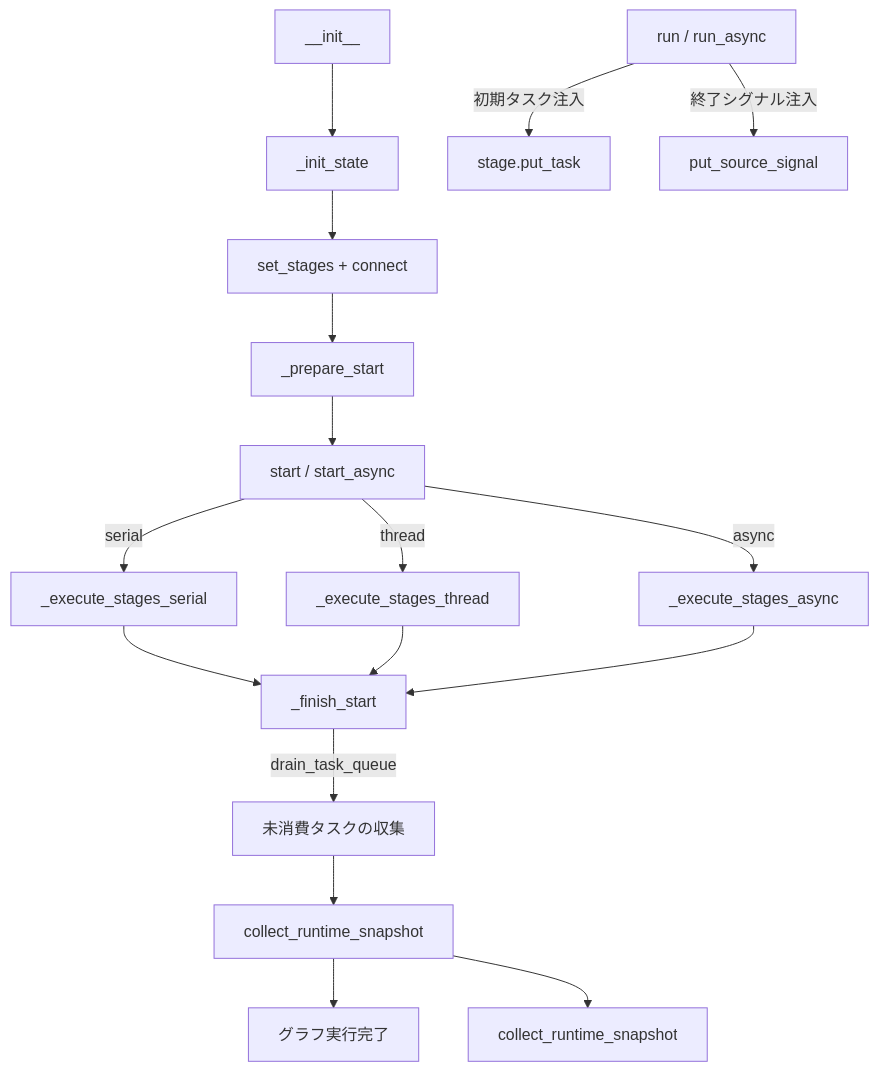
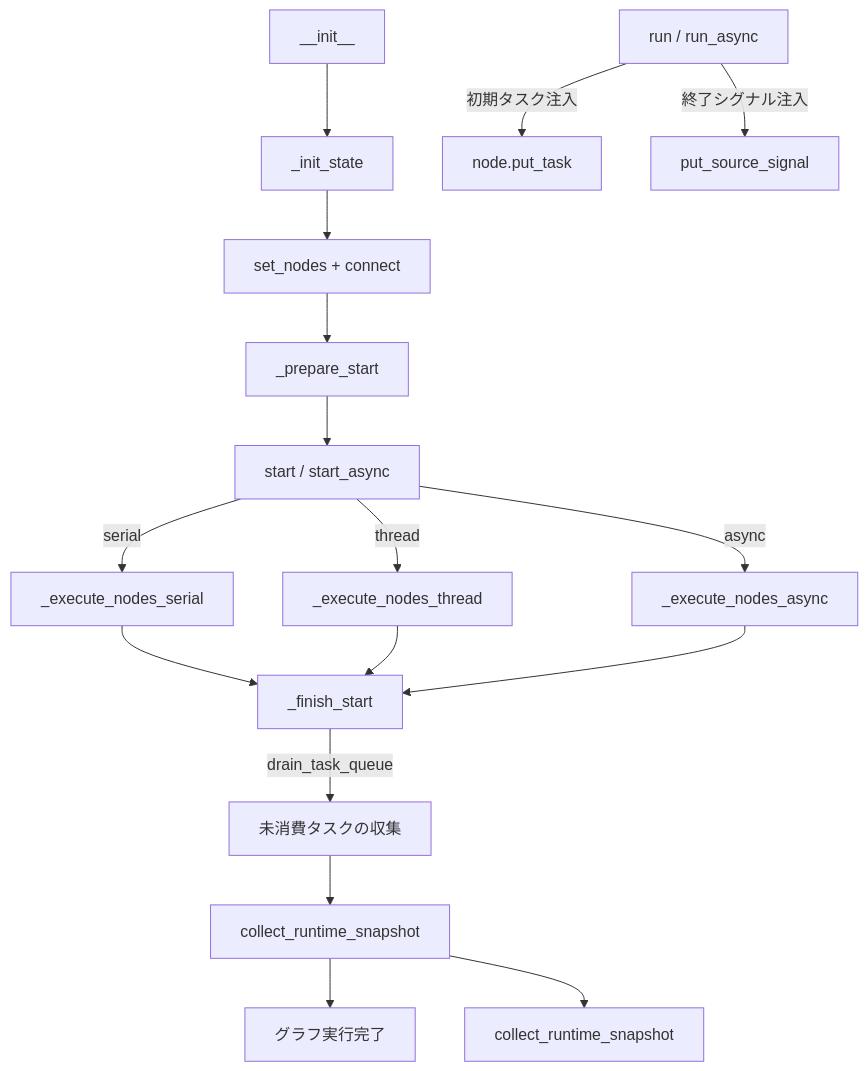
The diagram in docs/ja/src/graph/core_graph.md (Mr-xiaotian/CelestialFlow), drawn with Mermaid before and after one commit. The commit also changed other lines of this file and 181 other files, not shown here.

````diff
--- a/docs/ja/src/graph/core_graph.md
+++ b/docs/ja/src/graph/core_graph.md
@@ -286,21 +290,21 @@
 ```mermaid
 flowchart TD
     INIT[__init__] --> INIT_STATE[_init_state]
-    INIT_STATE --> BUILD[set_stages + connect]
+    INIT_STATE --> BUILD[set_nodes + connect]
     BUILD --> PREPARE[_prepare_start]
     PREPARE --> START[start / start_async]
-    START -->|serial| SER[_execute_stages_serial]
-    START -->|thread| THR[_execute_stages_thread]
-    START -->|async| ASY[_execute_stages_async]
+    START -->|serial| SER[_execute_nodes_serial]
+    START -->|thread| THR[_execute_nodes_thread]
+    START -->|async| ASY[_execute_nodes_async]
     SER --> FINISH[_finish_start]
     THR --> FINISH
     ASY --> FINISH
     FINISH -->|drain_task_queue| DRAIN[未消費タスクの収集]
     DRAIN --> SNAP[collect_runtime_snapshot]
     SNAP --> END[グラフ実行完了]
 
     SNAP --> STATUS[collect_runtime_snapshot]
 
-    RUN[run / run_async] -->|初期タスク注入| PUT[stage.put_task]
+    RUN[run / run_async] -->|初期タスク注入| PUT[node.put_task]
     RUN -->|終了シグナル注入| SIGNAL[put_source_signal]
 ```
````
